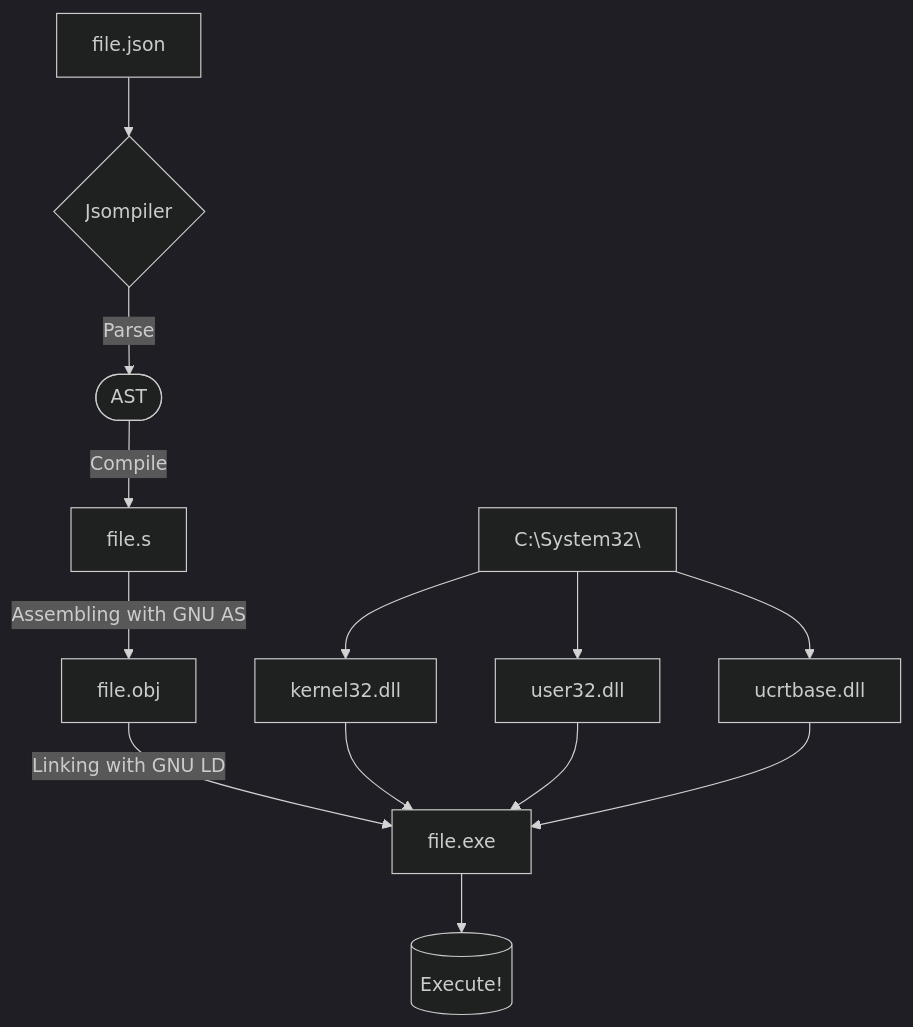
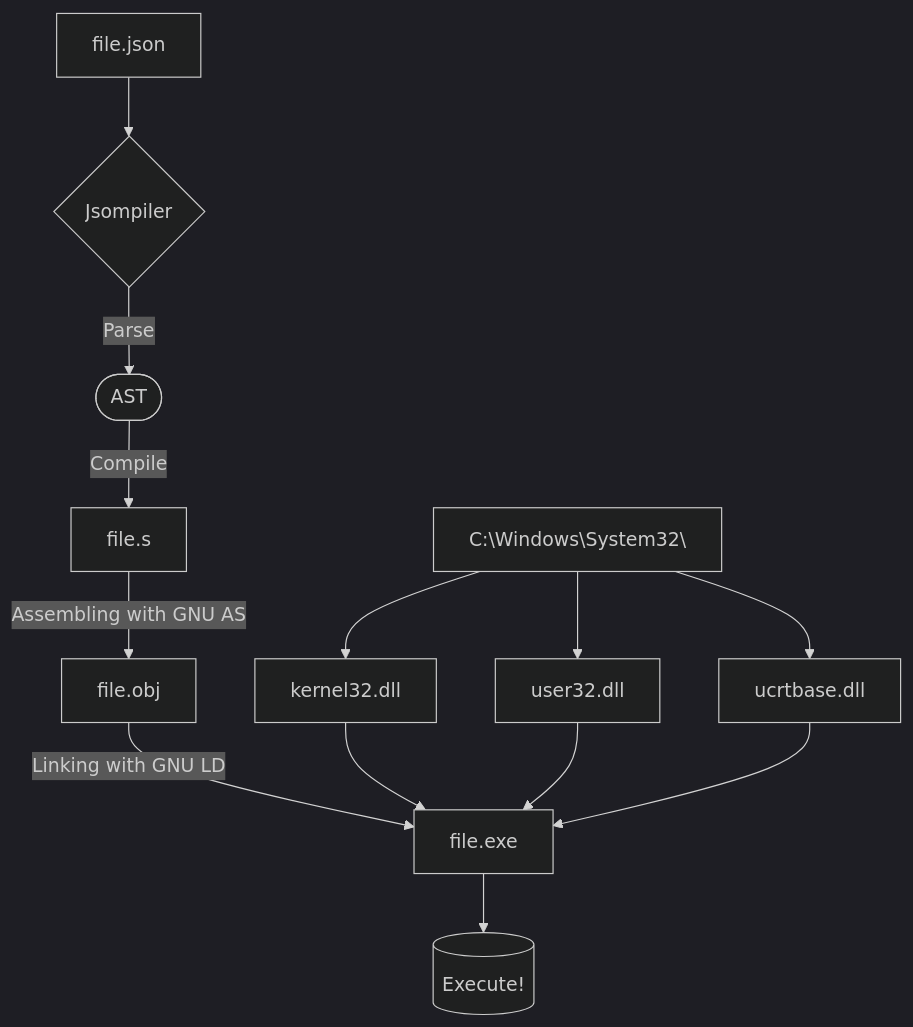
The diagram in README.md (HAL-G1THuB/jsonpiler), drawn with Mermaid (dark theme) before and after one commit. The commit also changed other lines of this file and 2 other files, not shown here.

Commit message:
Corrected a typo in README.md

````diff
--- a/README.md
+++ b/README.md
@@ -67,12 +67,12 @@
 ```mermaid
 graph TD
   A[file.json] --> B{Jsompiler}
   B -->|Parse| C([AST])
   C -->|Compile| D[file.s]
   D --> |Assembling with GNU AS| E[file.obj]
   E --> |Linking with GNU LD| F[file.exe]
-  S[C:\System32\] --> KERNEL32[kernel32.dll] --> F[file.exe]
-  S[C:\System32\] --> USER32[user32.dll] --> F[file.exe]
-  S[C:\System32\] --> UCRTBASE[ucrtbase.dll] --> F[file.exe]
+  S[C:\Windows\System32\] --> KERNEL32[kernel32.dll] --> F[file.exe]
+  S --> USER32[user32.dll] --> F[file.exe]
+  S --> UCRTBASE[ucrtbase.dll] --> F[file.exe]
   F --> Execute[(Execute!)]
 ```
````
